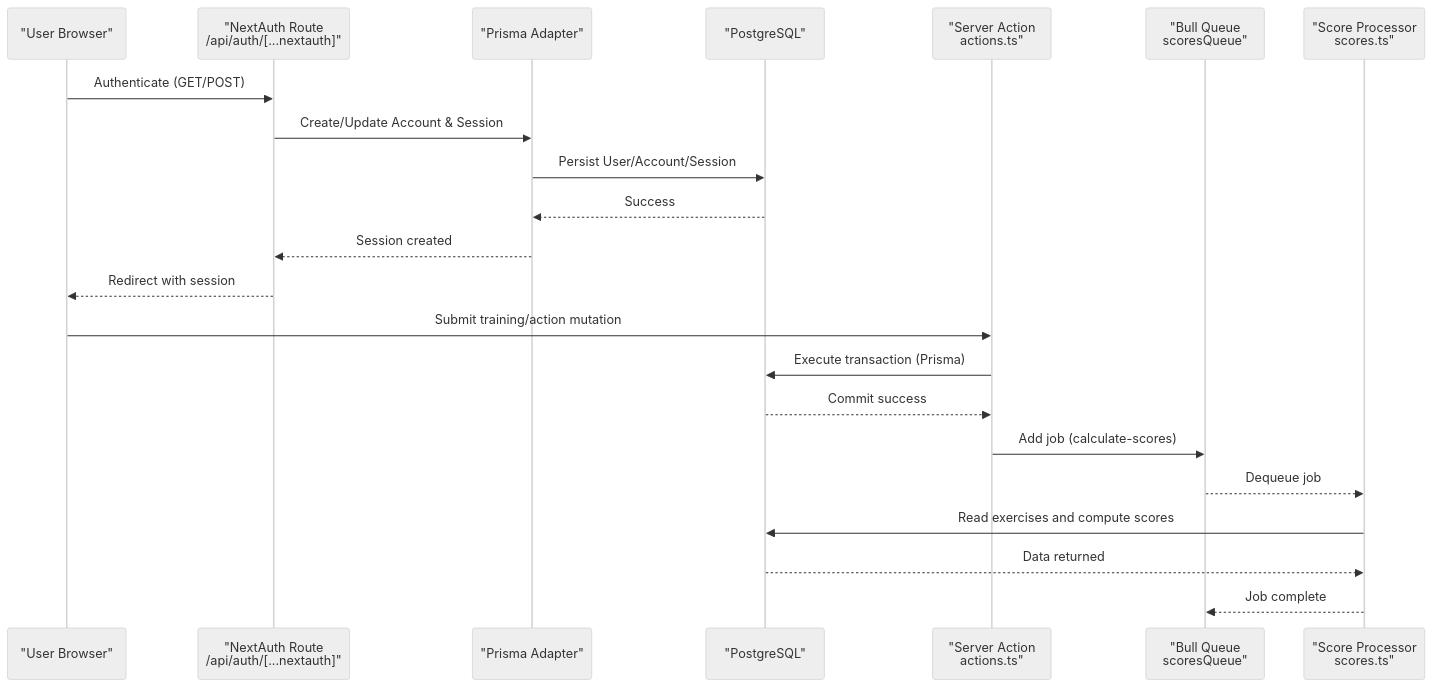
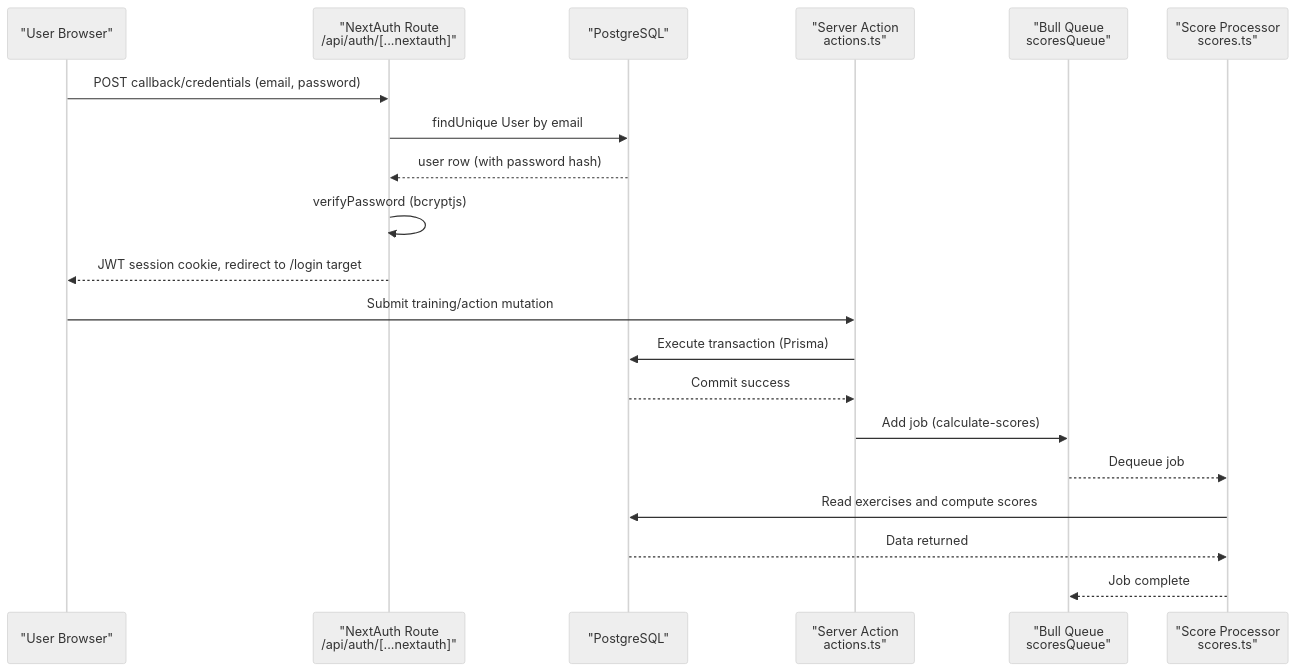
The second of 8 diagrams in .qoder/repowiki/en/content/Architecture Overview/Architecture Overview.md (Dezzpil/meingym), drawn with Mermaid (neutral theme) before and after one commit. The commit also changed other lines of this file and 12 other files, not shown here.

````diff
--- a/.qoder/repowiki/en/content/Architecture Overview/Architecture Overview.md
+++ b/.qoder/repowiki/en/content/Architecture Overview/Architecture Overview.md
@@ -121,24 +152,22 @@
 ```mermaid
 sequenceDiagram
 participant User as "User Browser"
 participant NextAuth as "NextAuth Route<br/>/api/auth/[...nextauth]"
-participant Adapter as "Prisma Adapter"
 participant DB as "PostgreSQL"
 participant ServerAction as "Server Action<br/>actions.ts"
 participant Queue as "Bull Queue<br/>scoresQueue"
 participant Worker as "Score Processor<br/>scores.ts"
-User->>NextAuth : Authenticate (GET/POST)
-NextAuth->>Adapter : Create/Update Account & Session
-Adapter->>DB : Persist User/Account/Session
-DB-->>Adapter : Success
-Adapter-->>NextAuth : Session created
-NextAuth-->>User : Redirect with session
+User->>NextAuth : POST callback/credentials (email, password)
+NextAuth->>DB : findUnique User by email
+DB-->>NextAuth : user row (with password hash)
+NextAuth->>NextAuth : verifyPassword (bcryptjs)
+NextAuth-->>User : JWT session cookie, redirect to /login target
 User->>ServerAction : Submit training/action mutation
 ServerAction->>DB : Execute transaction (Prisma)
 DB-->>ServerAction : Commit success
 ServerAction->>Queue : Add job (calculate-scores)
 Queue-->>Worker : Dequeue job
 Worker->>DB : Read exercises and compute scores
 DB-->>Worker : Data returned
 Worker-->>Queue : Job complete
 ```
````
